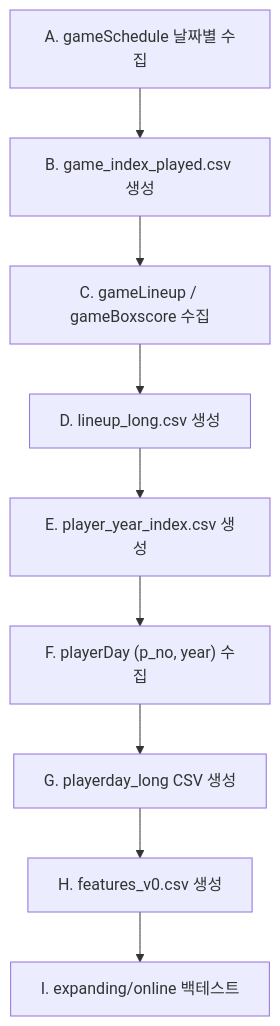
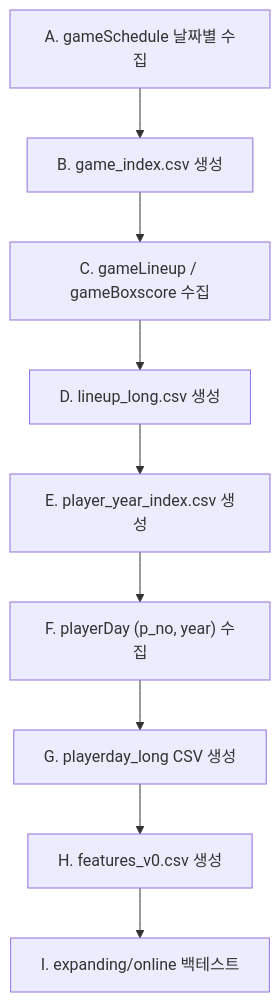
Before and after one commit to STATIZ-KBO2026/kbo-2026-prediction: the diagram in docs/PIPELINE.md, drawn with Mermaid. The commit also changed other lines of this file and 21 other files, not shown here.

```diff
--- a/docs/PIPELINE.md
+++ b/docs/PIPELINE.md
@@ -12,11 +12,11 @@
 ~~~mermaid
 flowchart TD
-  S["A. gameSchedule 날짜별 수집"] --> I["B. game_index_played.csv 생성"]
+  S["A. gameSchedule 날짜별 수집"] --> I["B. game_index.csv 생성"]
   I --> D["C. gameLineup / gameBoxscore 수집"]
   D --> L["D. lineup_long.csv 생성"]
   L --> P["E. player_year_index.csv 생성"]
   P --> R["F. playerDay (p_no, year) 수집"]
   R --> T["G. playerday_long CSV 생성"]
   T --> F["H. features_v0.csv 생성"]
   F --> B["I. expanding/online 백테스트"]
 ~~~
```
